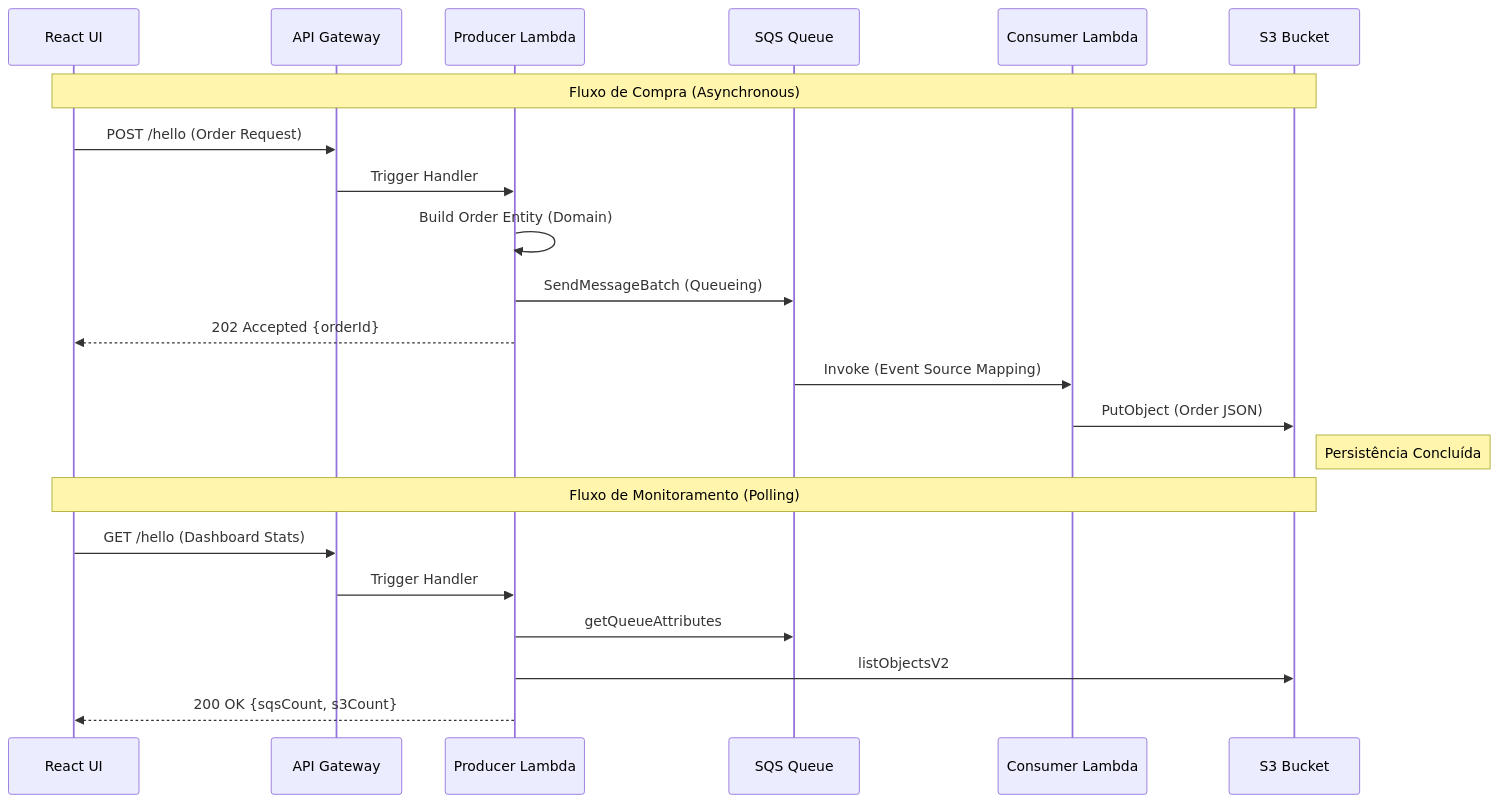
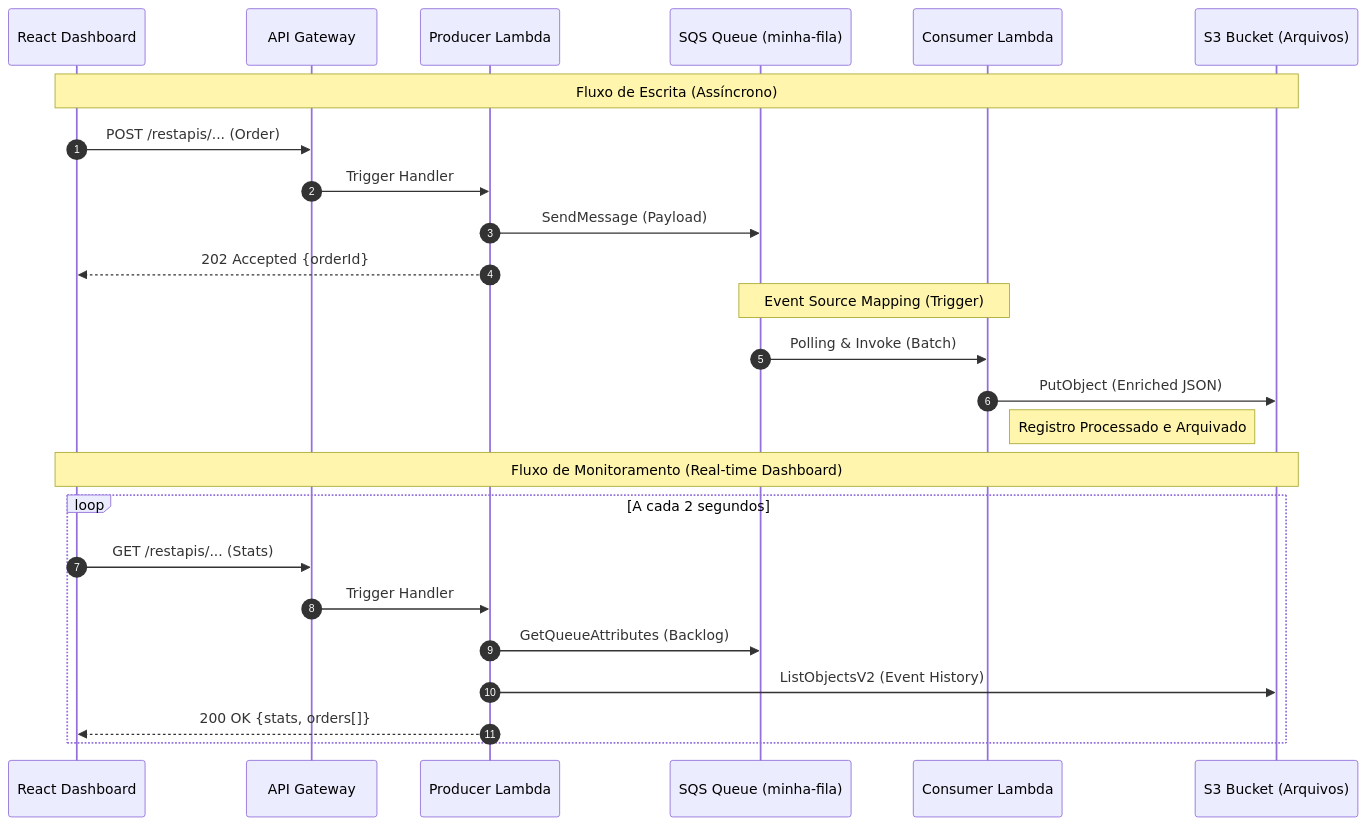
One commit to RafaelB13/aws-study changed the diagram in README.md. Above: the diagram before and after it, drawn with Mermaid. The commit also changed other lines of this file and 15 other files, not shown here.

Commit message:
feat: Implement S3 order history display on the dashboard with enriched order data and improved development workflow.

````diff
--- a/README.md
+++ b/README.md
@@ -49,27 +11,30 @@
 ```mermaid
 sequenceDiagram
-    participant User as React UI
-    participant APIGW as API Gateway
-    participant P as Producer Lambda
-    participant SQS as SQS Queue
-    participant C as Consumer Lambda
-    participant S3 as S3 Bucket
+    autonumber
+    participant UI as React Dashboard
+    participant API as API Gateway
+    participant Prod as Producer Lambda
+    participant SQS as SQS Queue (minha-fila)
+    participant Cons as Consumer Lambda
+    participant S3 as S3 Bucket (Arquivos)
 
-    Note over User, S3: Fluxo de Compra (Asynchronous)
-    User->>APIGW: POST /hello (Order Request)
-    APIGW->>P: Trigger Handler
-    P->>P: Build Order Entity (Domain)
-    P->>SQS: SendMessageBatch (Queueing)
-    P-->>User: 202 Accepted {orderId}
+    Note over UI, S3: Fluxo de Escrita (Assíncrono)
+    UI->>API: POST /restapis/... (Order)
+    API->>Prod: Trigger Handler
+    Prod->>SQS: SendMessage (Payload)
+    Prod-->>UI: 202 Accepted {orderId}
 
-    SQS->>C: Invoke (Event Source Mapping)
-    C->>S3: PutObject (Order JSON)
-    Note right of S3: Persistência Concluída
+    Note over SQS, Cons: Event Source Mapping (Trigger)
+    SQS->>Cons: Polling & Invoke (Batch)
+    Cons->>S3: PutObject (Enriched JSON)
+    Note right of Cons: Registro Processado e Arquivado
 
-    Note over User, S3: Fluxo de Monitoramento (Polling)
-    User->>APIGW: GET /hello (Dashboard Stats)
-    APIGW->>P: Trigger Handler
-    P->>SQS: getQueueAttributes
-    P->>S3: listObjectsV2
-    P-->>User: 200 OK {sqsCount, s3Count}
+    Note over UI, S3: Fluxo de Monitoramento (Real-time Dashboard)
+    loop A cada 2 segundos
+        UI->>API: GET /restapis/... (Stats)
+        API->>Prod: Trigger Handler
+        Prod->>SQS: GetQueueAttributes (Backlog)
+        Prod->>S3: ListObjectsV2 (Event History)
+        Prod-->>UI: 200 OK {stats, orders[]}
+    end
 ```
````
